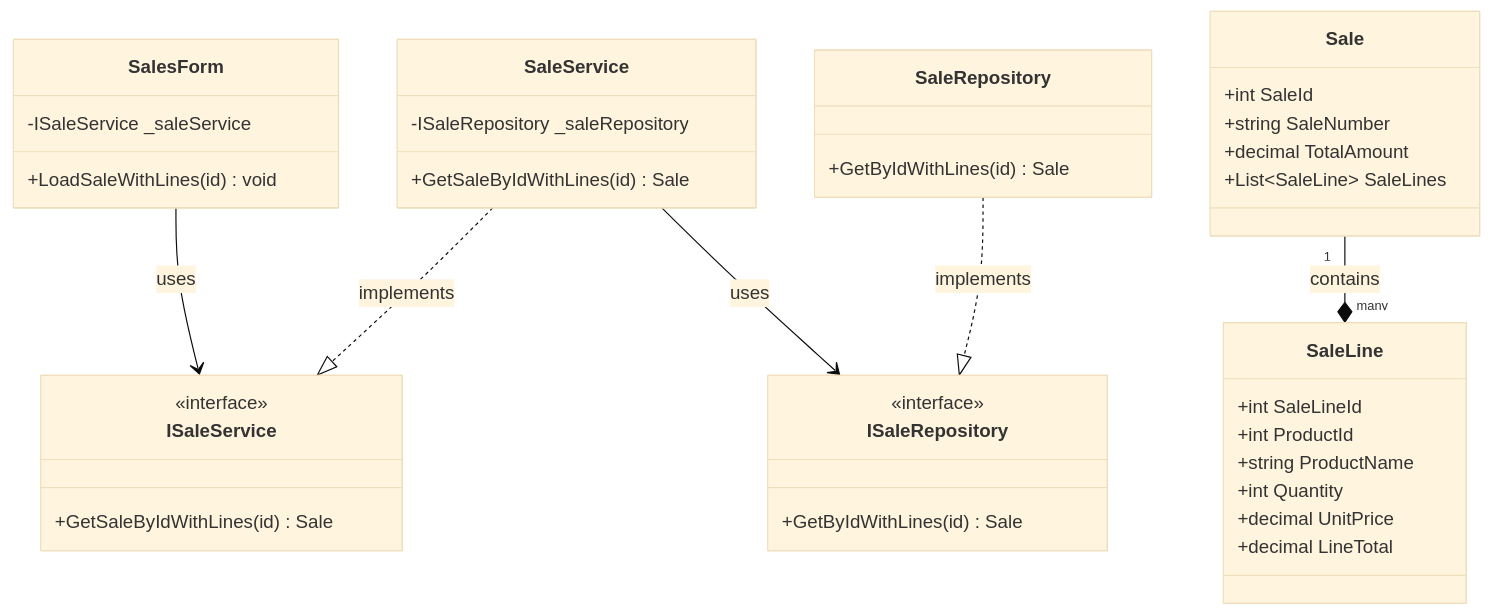
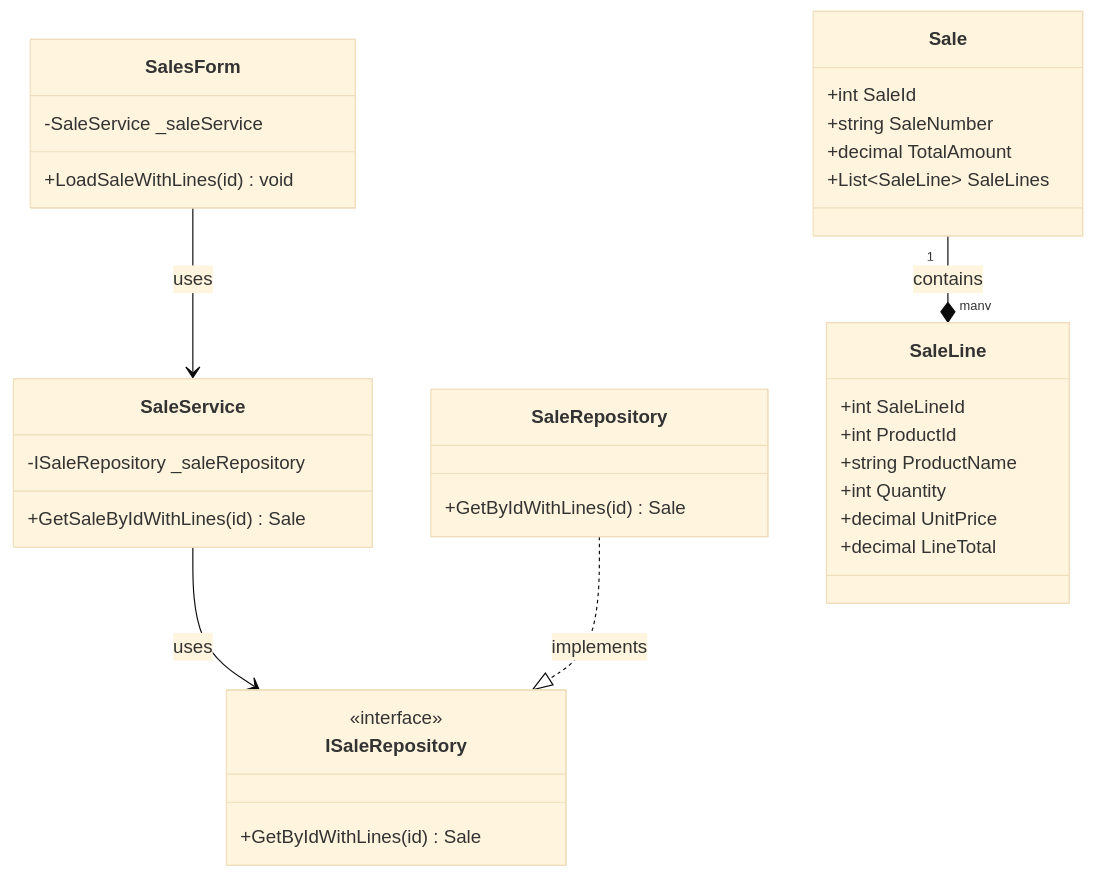
One commit to nahuk86/tp_diploma_nk_2026 changed diagram 13 of 24 in Documentation/UML_Diagrams/15_Sales_UseCases.md. Above: the diagram before and after it, drawn with Mermaid (base theme). The commit also changed other lines of this file and 5 other files, not shown here.

First line of the commit message:
Fix UML documentation: remove non-existent BLL service interfaces

````diff
--- a/Documentation/UML_Diagrams/15_Sales_UseCases.md
+++ b/Documentation/UML_Diagrams/15_Sales_UseCases.md
@@ -538,48 +497,43 @@
 ```mermaid
 classDiagram
     class SalesForm {
-        -ISaleService _saleService
+        -SaleService _saleService
         +LoadSaleWithLines(id) void
     }
 
-    class ISaleService {
-        <<interface>>
-        +GetSaleByIdWithLines(id) Sale
-    }
 
     class SaleService {
         -ISaleRepository _saleRepository
         +GetSaleByIdWithLines(id) Sale
     }
 
     class ISaleRepository {
         <<interface>>
         +GetByIdWithLines(id) Sale
     }
 
     class SaleRepository {
         +GetByIdWithLines(id) Sale
     }
 
     class Sale {
         +int SaleId
         +string SaleNumber
         +decimal TotalAmount
         +List~SaleLine~ SaleLines
     }
 
     class SaleLine {
         +int SaleLineId
         +int ProductId
         +string ProductName
         +int Quantity
         +decimal UnitPrice
         +decimal LineTotal
     }
 
-    SalesForm --> ISaleService : uses
-    SaleService ..|> ISaleService : implements
+    SalesForm --> SaleService : uses
     SaleService --> ISaleRepository : uses
     SaleRepository ..|> ISaleRepository : implements
     Sale "1" --* "many" SaleLine : contains
 ```
````
